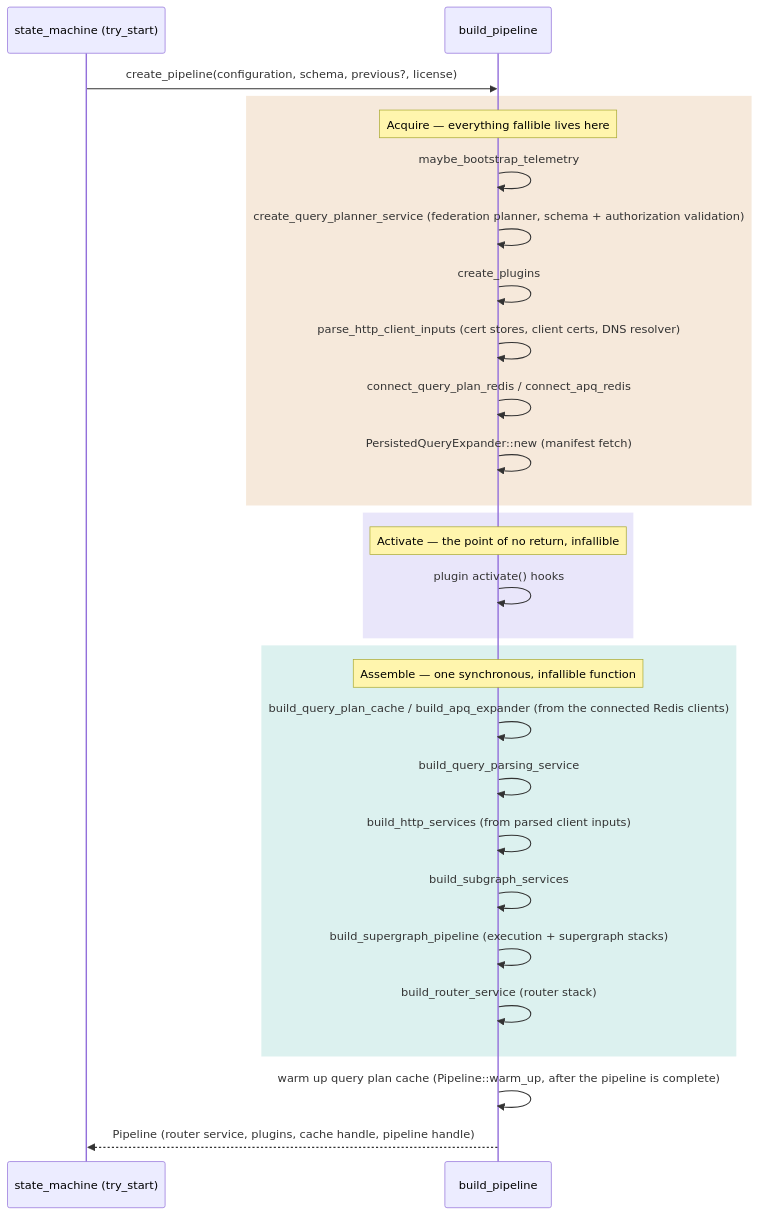
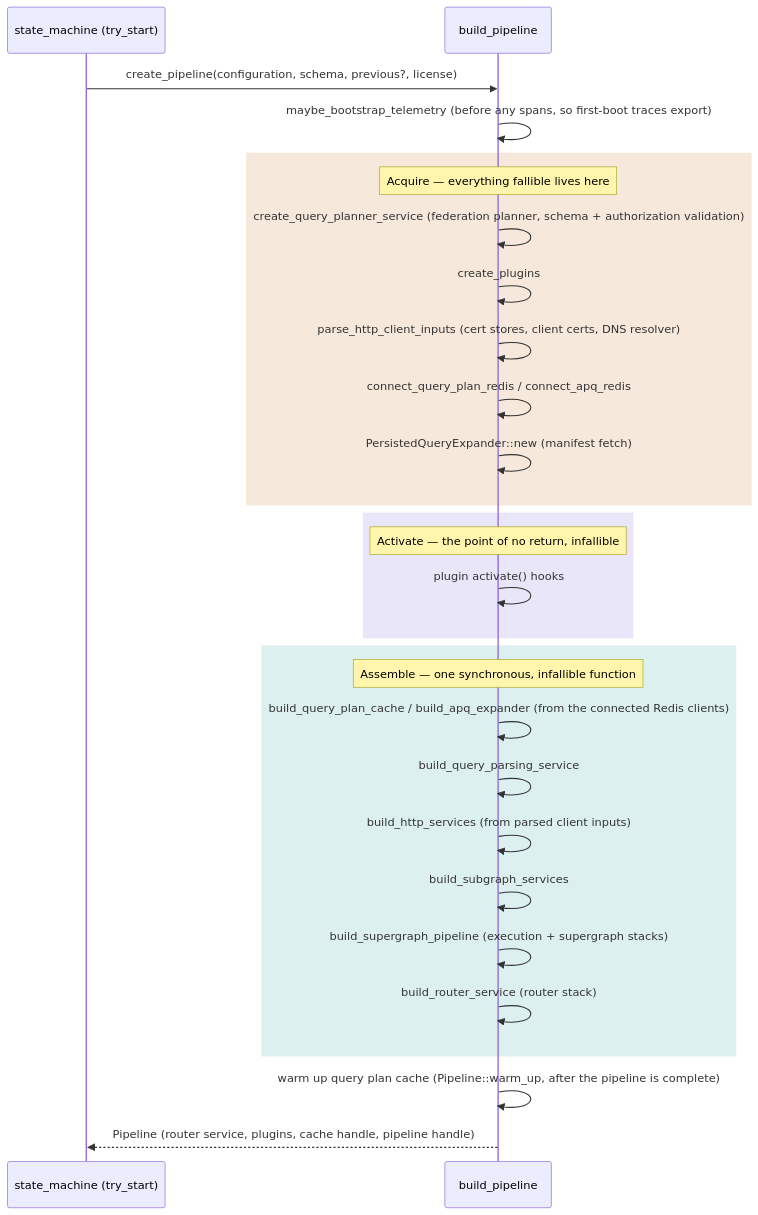
The diagram in dev-docs/pipeline-construction.md (apollographql/router), drawn with Mermaid before and after one commit. The commit also changed other lines of this file and 3 other files, not shown here.

First line of the commit message:
fix(telemetry): bootstrap telemetry before creating startup spans

````diff
--- a/dev-docs/pipeline-construction.md
+++ b/dev-docs/pipeline-construction.md
@@ -11,36 +11,37 @@
 ```mermaid
 sequenceDiagram
     participant SM as state_machine (try_start)
     participant BP as build_pipeline
 
     SM->>BP: create_pipeline(configuration, schema, previous?, license)
 
+    BP->>BP: maybe_bootstrap_telemetry (before any spans, so first-boot traces export)
+
     rect rgba(192, 106, 16, 0.15)
         Note over BP: Acquire — everything fallible lives here
-        BP->>BP: maybe_bootstrap_telemetry
         BP->>BP: create_query_planner_service (federation planner, schema + authorization validation)
         BP->>BP: create_plugins
         BP->>BP: parse_http_client_inputs (cert stores, client certs, DNS resolver)
         BP->>BP: connect_query_plan_redis / connect_apq_redis
         BP->>BP: PersistedQueryExpander::new (manifest fetch)
     end
 
     rect rgba(110, 90, 220, 0.15)
         Note over BP: Activate — the point of no return, infallible
         BP->>BP: plugin activate() hooks
     end
 
     rect rgba(20, 160, 150, 0.15)
         Note over BP: Assemble — one synchronous, infallible function
         BP->>BP: build_query_plan_cache / build_apq_expander (from the connected Redis clients)
         BP->>BP: build_query_parsing_service
         BP->>BP: build_http_services (from parsed client inputs)
         BP->>BP: build_subgraph_services
         BP->>BP: build_supergraph_pipeline (execution + supergraph stacks)
         BP->>BP: build_router_service (router stack)
     end
 
     BP->>BP: warm up query plan cache (Pipeline::warm_up, after the pipeline is complete)
 
     BP-->>SM: Pipeline (router service, plugins, cache handle, pipeline handle)
 ```
````
